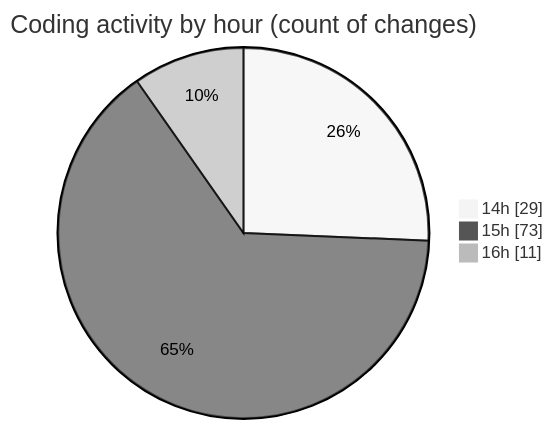
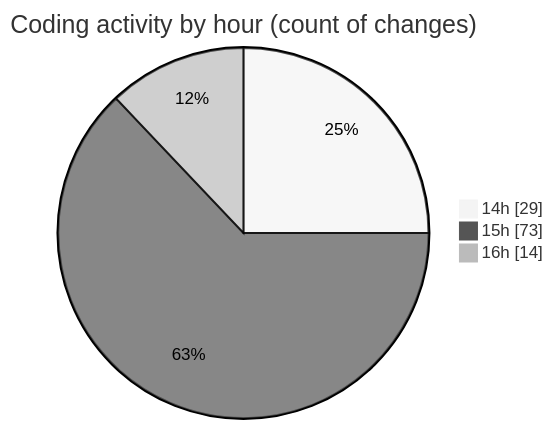
One commit to CELIANVF/code-tracking changed the second of 2 diagrams in 2025-06-05/ecodeli-1/README.md. Above: the diagram before and after it, drawn with Mermaid (neutral theme). The commit also changed other lines of this file and 1 other file, not shown here.

````diff
--- a/2025-06-05/ecodeli-1/README.md
+++ b/2025-06-05/ecodeli-1/README.md
@@ -66,7 +67,7 @@
 ```mermaid
 pie showData
 title Coding activity by hour (count of changes)
 "14h" : 29
 "15h" : 73
-"16h" : 11
+"16h" : 14
 ```
````
